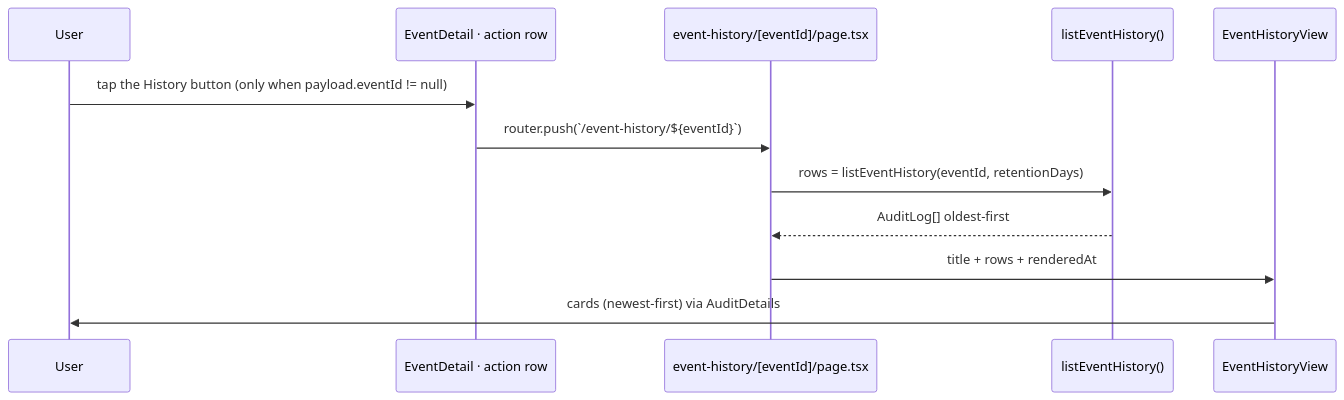
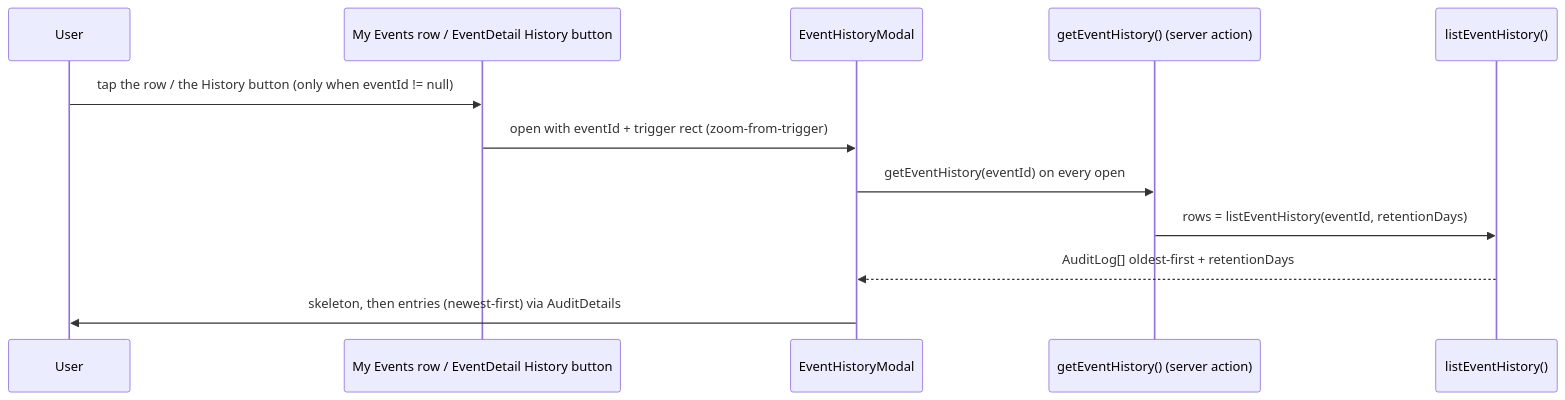
Before and after one commit to oncloudnintynineone-source/cloudy2: the first of 2 diagrams in docs/event-history.md, drawn with Mermaid. The commit also changed other lines of this file and 14 other files, not shown here.

Commit message:
Event history: replace /event-history route with shared modal

````diff
--- a/docs/event-history.md
+++ b/docs/event-history.md
@@ -61,14 +61,14 @@
 ```mermaid
 sequenceDiagram
     participant U as User
-    participant M as EventDetail · action row
-    participant P as event-history/[eventId]/page.tsx
+    participant T as My Events row / EventDetail History button
+    participant M as EventHistoryModal
+    participant A as getEventHistory() (server action)
     participant Q as listEventHistory()
-    participant V as EventHistoryView
-    U->>M: tap the History button (only when payload.eventId != null)
-    M->>P: router.push(`/event-history/${eventId}`)
-    P->>Q: rows = listEventHistory(eventId, retentionDays)
-    Q-->>P: AuditLog[] oldest-first
-    P->>V: title + rows + renderedAt
-    V->>U: cards (newest-first) via AuditDetails
+    U->>T: tap the row / the History button (only when eventId != null)
+    T->>M: open with eventId + trigger rect (zoom-from-trigger)
+    M->>A: getEventHistory(eventId) on every open
+    A->>Q: rows = listEventHistory(eventId, retentionDays)
+    Q-->>M: AuditLog[] oldest-first + retentionDays
+    M->>U: skeleton, then entries (newest-first) via AuditDetails
 ```
````
